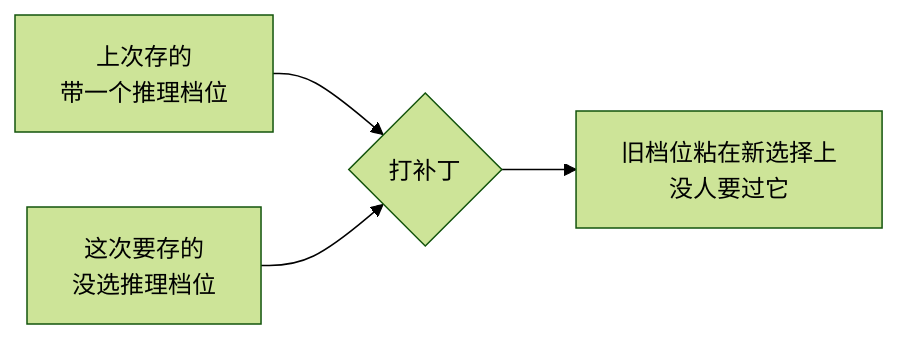
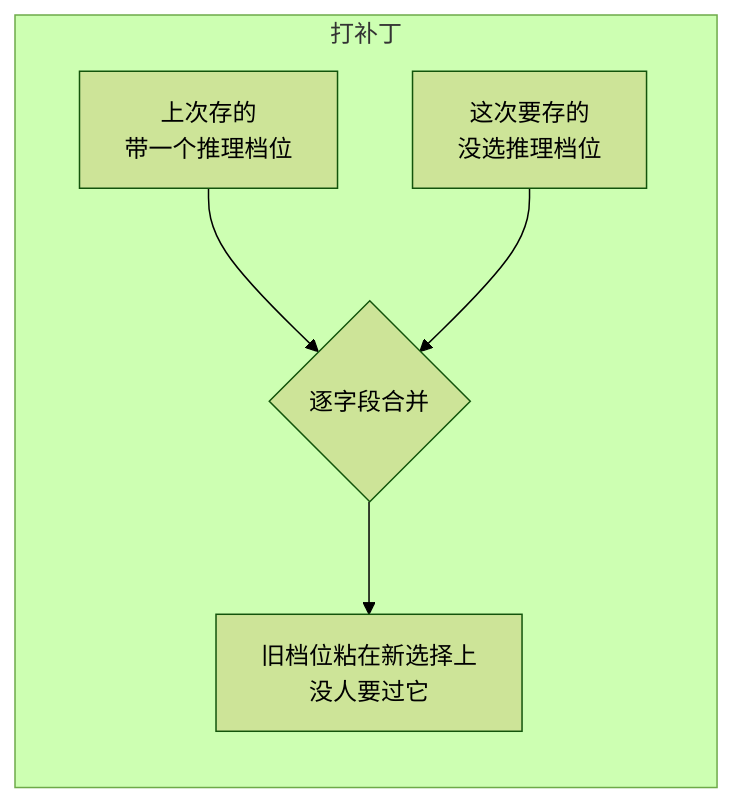
Diagram 20 of 46 in docs/modules/agentdefaultmodel.md (snight1983/ds-harness-go), drawn with Mermaid (forest theme) before and after one commit. The commit also changed other lines of this file and 43 other files, not shown here.

Commit message:
docs: 图解架构与模块设计

````diff
--- a/docs/modules/agentdefaultmodel.md
+++ b/docs/modules/agentdefaultmodel.md
@@ -91,6 +213,8 @@
 ```mermaid
 flowchart LR
-    A["上次存的<br/>带一个推理档位"] --> C{"打补丁"}
-    B["这次要存的<br/>没选推理档位"] --> C
-    C --> D["旧档位粘在新选择上<br/>没人要过它"]
+    subgraph BAD["打补丁"]
+        A["上次存的<br/>带一个推理档位"] --> C{"逐字段合并"}
+        B["这次要存的<br/>没选推理档位"] --> C
+        C --> D["旧档位粘在新选择上<br/>没人要过它"]
+    end
 ```
````
